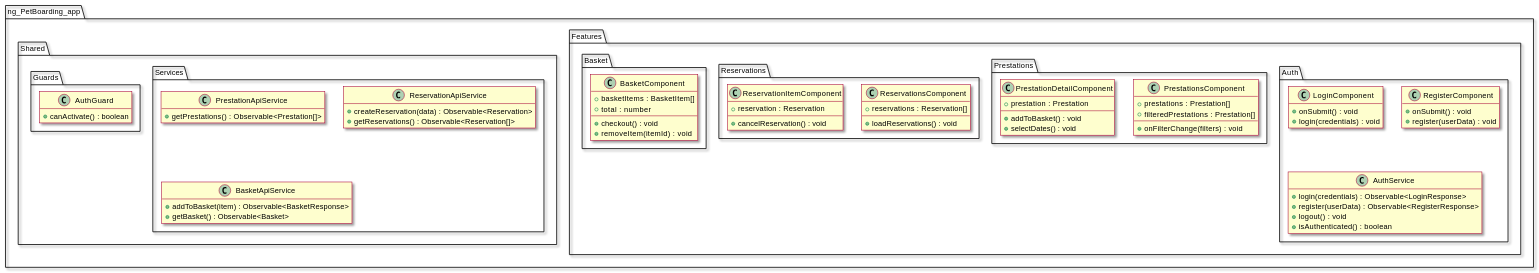
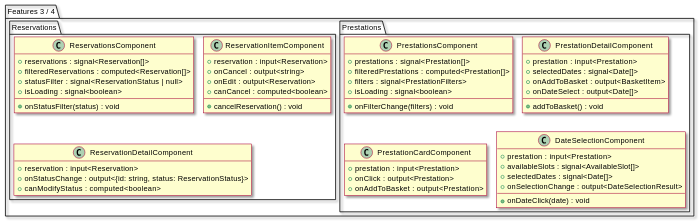
Diagram 48 of 56 in Conception PetBoarding.md (KevinG-FR/PetBoarding), drawn with PlantUML before and after one commit. The commit also changed other lines of this file, not shown here.

````diff
--- a/Conception PetBoarding.md
+++ b/Conception PetBoarding.md
@@ -2091,87 +3135,64 @@
 ```plantuml
 @startuml
+!pragma layout smetana
 skin rose
 hide empty members
 
-package "ng_PetBoarding_app" {
+package "Features 3 / 4" {
 
-  package "Features" {
-    package "Auth" {
-      class LoginComponent {
-        + onSubmit() : void
-        + login(credentials) : void
-      }
-
-      class RegisterComponent {
-        + onSubmit() : void
-        + register(userData) : void
-      }
-
-      class AuthService {
-        + login(credentials) : Observable<LoginResponse>
-        + register(userData) : Observable<RegisterResponse>
-        + logout() : void
-        + isAuthenticated() : boolean
-      }
+  package "Prestations" {
+    class PrestationsComponent {
+      + prestations : signal<Prestation[]>
+      + filteredPrestations : computed<Prestation[]>
+      + filters : signal<PrestationFilters>
+      + isLoading : signal<boolean>
+      + onFilterChange(filters) : void
     }
 
-    package "Prestations" {
-      class PrestationsComponent {
-        + prestations : Prestation[]
-        + filteredPrestations : Prestation[]
-        + onFilterChange(filters) : void
-      }
-
-      class PrestationDetailComponent {
-        + prestation : Prestation
-        + addToBasket() : void
-        + selectDates() : void
-      }
+    class PrestationDetailComponent {
+      + prestation : input<Prestation>
+      + selectedDates : signal<Date[]>
+      + onAddToBasket : output<BasketItem>
+      + onDateSelect : output<Date[]>
+      + addToBasket() : void
     }
 
-    package "Reservations" {
-      class ReservationsComponent {
-        + reservations : Reservation[]
-        + loadReservations() : void
-      }
-
-      class ReservationItemComponent {
-        + reservation : Reservation
-        + cancelReservation() : void
-      }
+    class PrestationCardComponent {
+      + prestation : input<Prestation>
+      + onClick : output<Prestation>
+      + onAddToBasket : output<Prestation>
     }
 
-    package "Basket" {
-      class BasketComponent {
-        + basketItems : BasketItem[]
-        + total : number
-        + checkout() : void
-        + removeItem(itemId) : void
-      }
+    class DateSelectionComponent {
+      + prestation : input<Prestation>
+      + availableSlots : signal<AvailableSlot[]>
+      + selectedDates : signal<Date[]>
+      + onSelectionChange : output<DateSelectionResult>
+      + onDateClick(date) : void
     }
   }
 
-  package "Shared" {
-    package "Services" {
-      class PrestationApiService {
-        + getPrestations() : Observable<Prestation[]>
-      }
-
-      class ReservationApiService {
-        + createReservation(data) : Observable<Reservation>
-        + getReservations() : Observable<Reservation[]>
-      }
-
-      class BasketApiService {
-        + addToBasket(item) : Observable<BasketResponse>
-        + getBasket() : Observable<Basket>
-      }
+  package "Reservations" {
+    class ReservationsComponent {
+      + reservations : signal<Reservation[]>
+      + filteredReservations : computed<Reservation[]>
+      + statusFilter : signal<ReservationStatus | null>
+      + isLoading : signal<boolean>
+      + onStatusFilter(status) : void
     }
 
-    package "Guards" {
-      class AuthGuard {
-        + canActivate() : boolean
-      }
+    class ReservationItemComponent {
+      + reservation : input<Reservation>
+      + onCancel : output<string>
+      + onEdit : output<Reservation>
+      + canCancel : computed<boolean>
+      + cancelReservation() : void
+    }
+
+    class ReservationDetailComponent {
+      + reservation : input<Reservation>
+      + onStatusChange : output<{id: string, status: ReservationStatus}>
+      + canModifyStatus : computed<boolean>
     }
   }
 }
````
